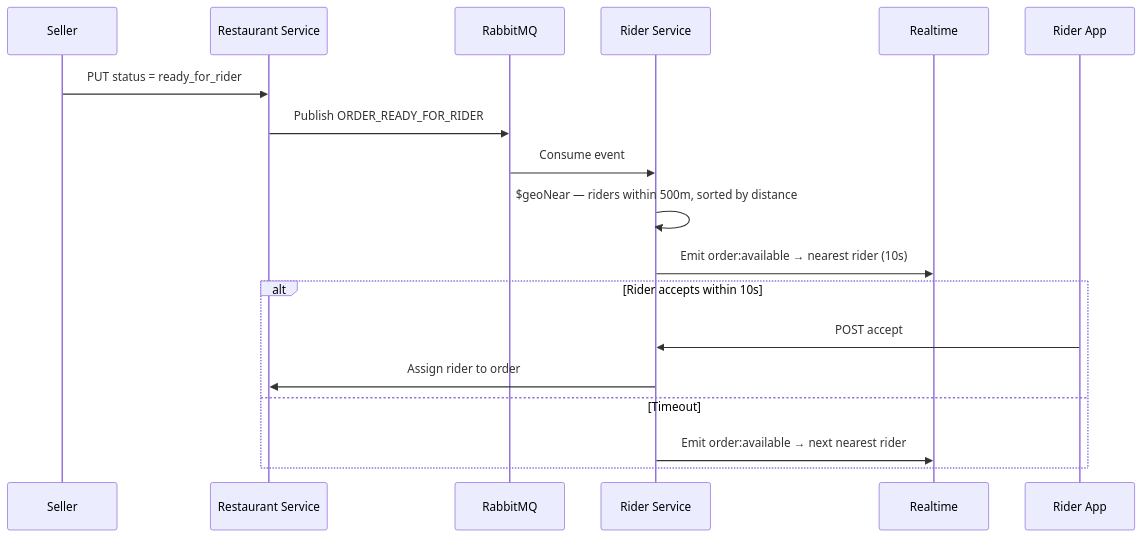
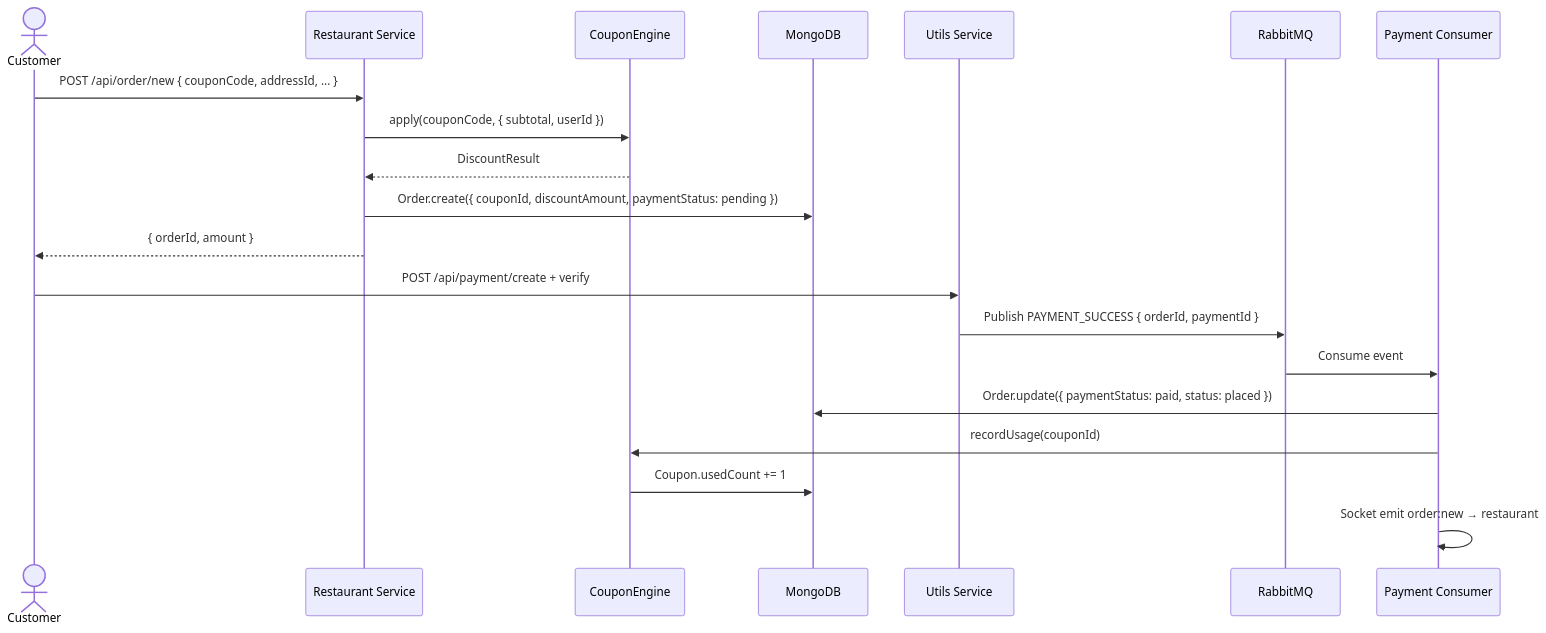
Before and after one commit to subhm2004/ByteBites: the eighth of 8 diagrams in README.md, drawn with Mermaid. The commit also changed other lines of this file and 23 other files, not shown here.

````diff
--- a/README.md
+++ b/README.md
@@ -473,21 +713,24 @@
 ```mermaid
 sequenceDiagram
-    participant S as Seller
-    participant R as Restaurant Service
+    actor C as Customer
+    participant API as Restaurant Service
+    participant CE as CouponEngine
+    participant DB as MongoDB
+    participant U as Utils Service
     participant Q as RabbitMQ
-    participant RD as Rider Service
-    participant RT as Realtime
-    participant Rider as Rider App
+    participant PC as Payment Consumer
 
-    S->>R: PUT status = ready_for_rider
-    R->>Q: Publish ORDER_READY_FOR_RIDER
-    Q->>RD: Consume event
-    RD->>RD: $geoNear — riders within 500m, sorted by distance
-    RD->>RT: Emit order:available → nearest rider (10s)
-    alt Rider accepts within 10s
-        Rider->>RD: POST accept
-        RD->>R: Assign rider to order
-    else Timeout
-        RD->>RT: Emit order:available → next nearest rider
-    end
+    C->>API: POST /api/order/new { couponCode, addressId, ... }
+    API->>CE: apply(couponCode, { subtotal, userId })
+    CE-->>API: DiscountResult
+    API->>DB: Order.create({ couponId, discountAmount, paymentStatus: pending })
+    API-->>C: { orderId, amount }
+
+    C->>U: POST /api/payment/create + verify
+    U->>Q: Publish PAYMENT_SUCCESS { orderId, paymentId }
+    Q->>PC: Consume event
+    PC->>DB: Order.update({ paymentStatus: paid, status: placed })
+    PC->>CE: recordUsage(couponId)
+    CE->>DB: Coupon.usedCount += 1
+    PC->>PC: Socket emit order:new → restaurant
 ```
````
